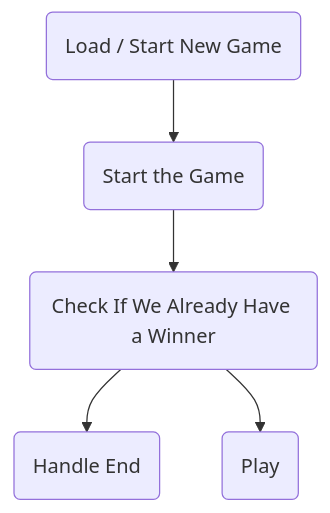
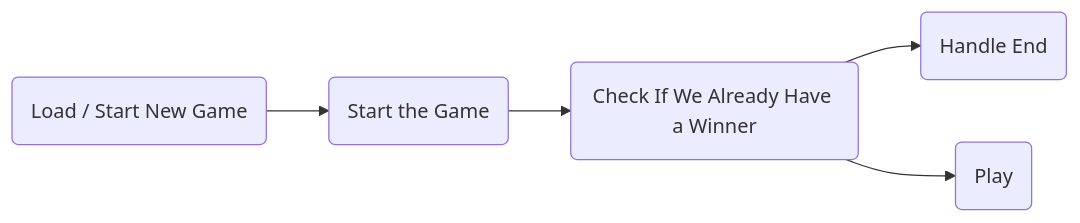
The sixth of 7 diagrams in README.md (WonopolyCS246/Wonopoly), drawn with Mermaid before and after one commit. The commit also changed other lines of this file, not shown here.

````diff
--- a/README.md
+++ b/README.md
@@ -361,14 +361,14 @@
 ```mermaid 
-flowchart TD
+flowchart LR
 A(Load / Start New Game)
 B(Start the Game)
 C(Check If We Already Have a Winner)
 D(Handle End)
 E(Play)
 
 A --> B
 B --> C
 C --> D
 C --> E
 
 ```
````
